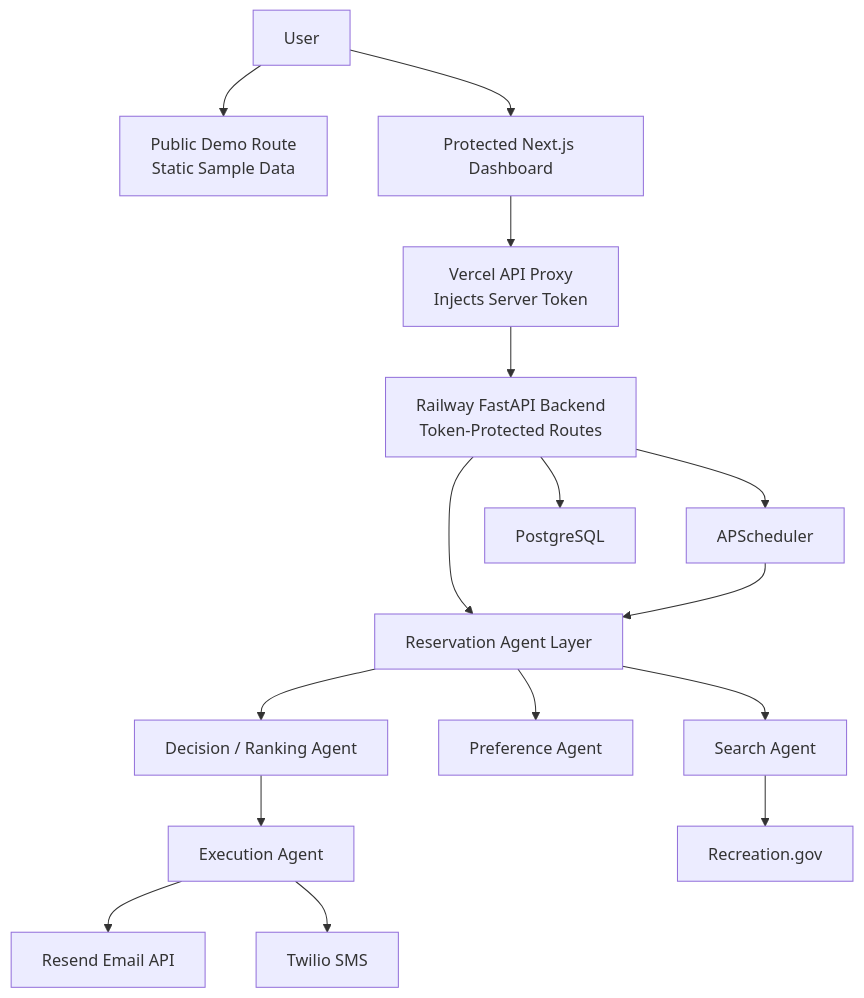
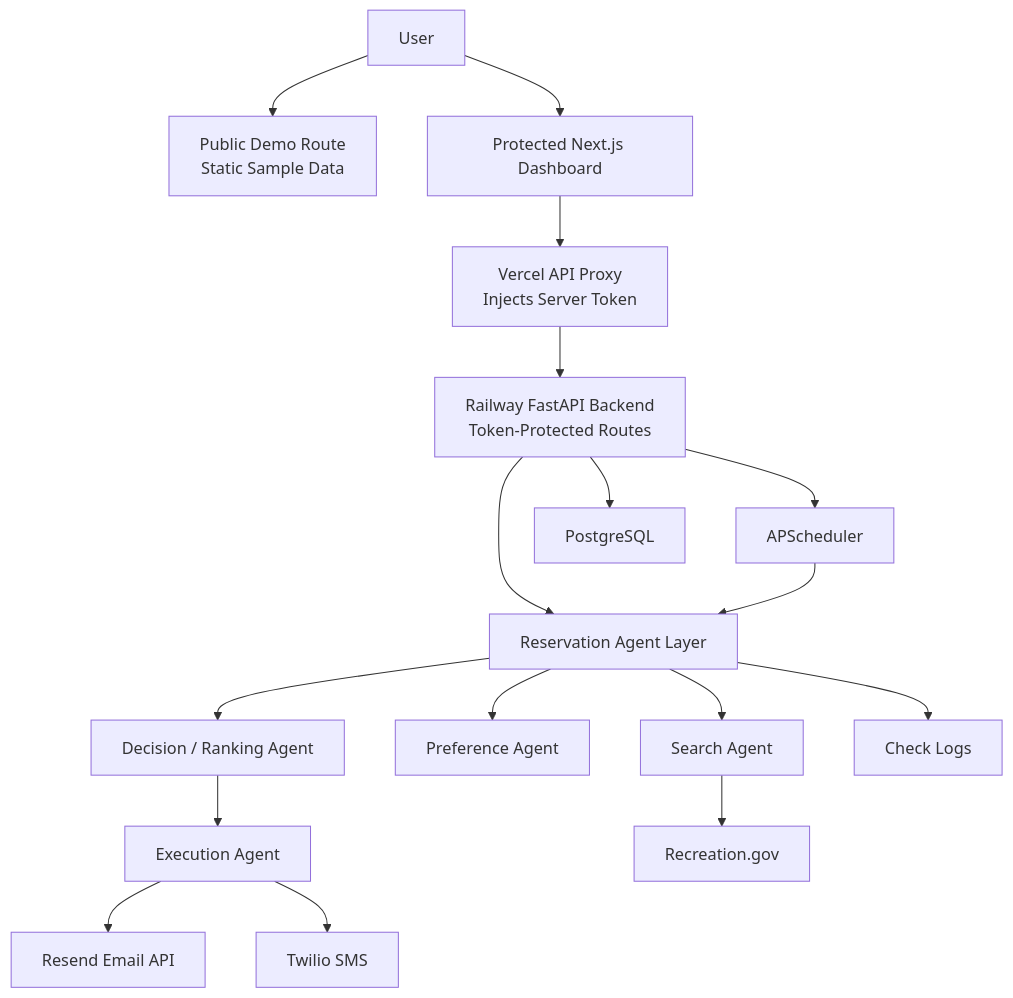
One commit to srs312-lab/parkreserve-ai changed the diagram in README.md. Above: the diagram before and after it, drawn with Mermaid. The commit also changed other lines of this file and 10 other files, not shown here.

````diff
--- a/README.md
+++ b/README.md
@@ -65,34 +67,36 @@
 ```mermaid
 flowchart TD
     User["User"]
     PublicDemo["Public Demo Route<br/>Static Sample Data"]
     Dashboard["Protected Next.js Dashboard"]
     Proxy["Vercel API Proxy<br/>Injects Server Token"]
     API["Railway FastAPI Backend<br/>Token-Protected Routes"]
     Agent["Reservation Agent Layer"]
     Search["Search Agent"]
     Preference["Preference Agent"]
     Decision["Decision / Ranking Agent"]
     Execution["Execution Agent"]
+    Logs["Check Logs"]
     Recreation["Recreation.gov"]
     Scheduler["APScheduler"]
     Database["PostgreSQL"]
     Email["Resend Email API"]
     SMS["Twilio SMS"]
 
     User --> PublicDemo
     User --> Dashboard
     Dashboard --> Proxy
     Proxy --> API
     API --> Agent
     API --> Scheduler
     API --> Database
     Agent --> Preference
     Agent --> Search
     Search --> Recreation
     Agent --> Decision
     Decision --> Execution
     Scheduler --> Agent
+    Agent --> Logs
     Execution --> Email
     Execution --> SMS
 ```
````
